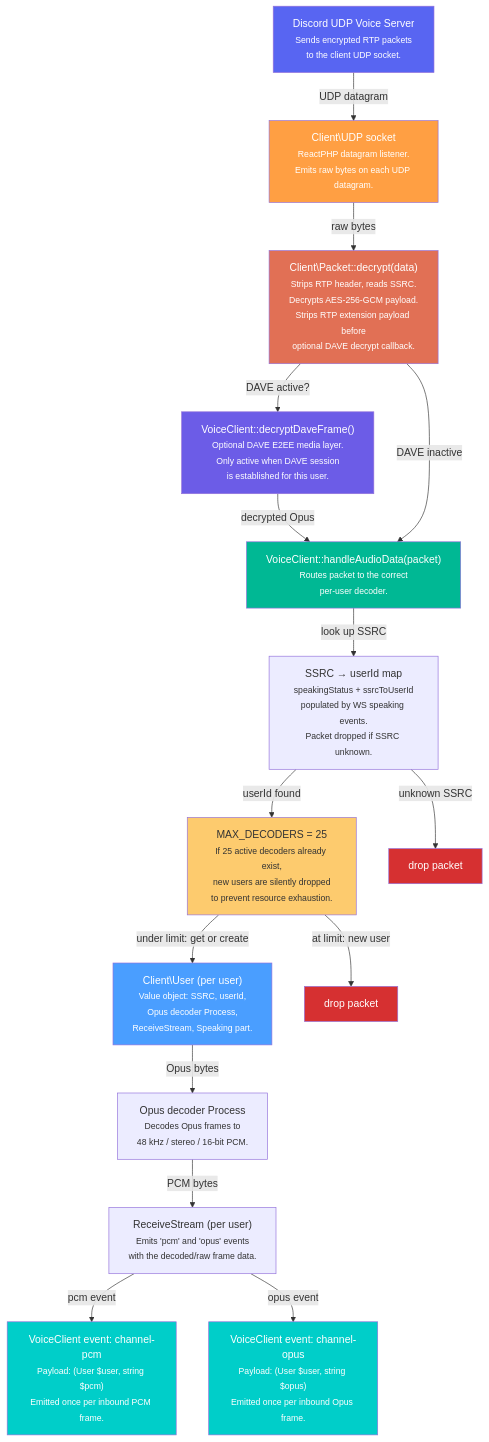
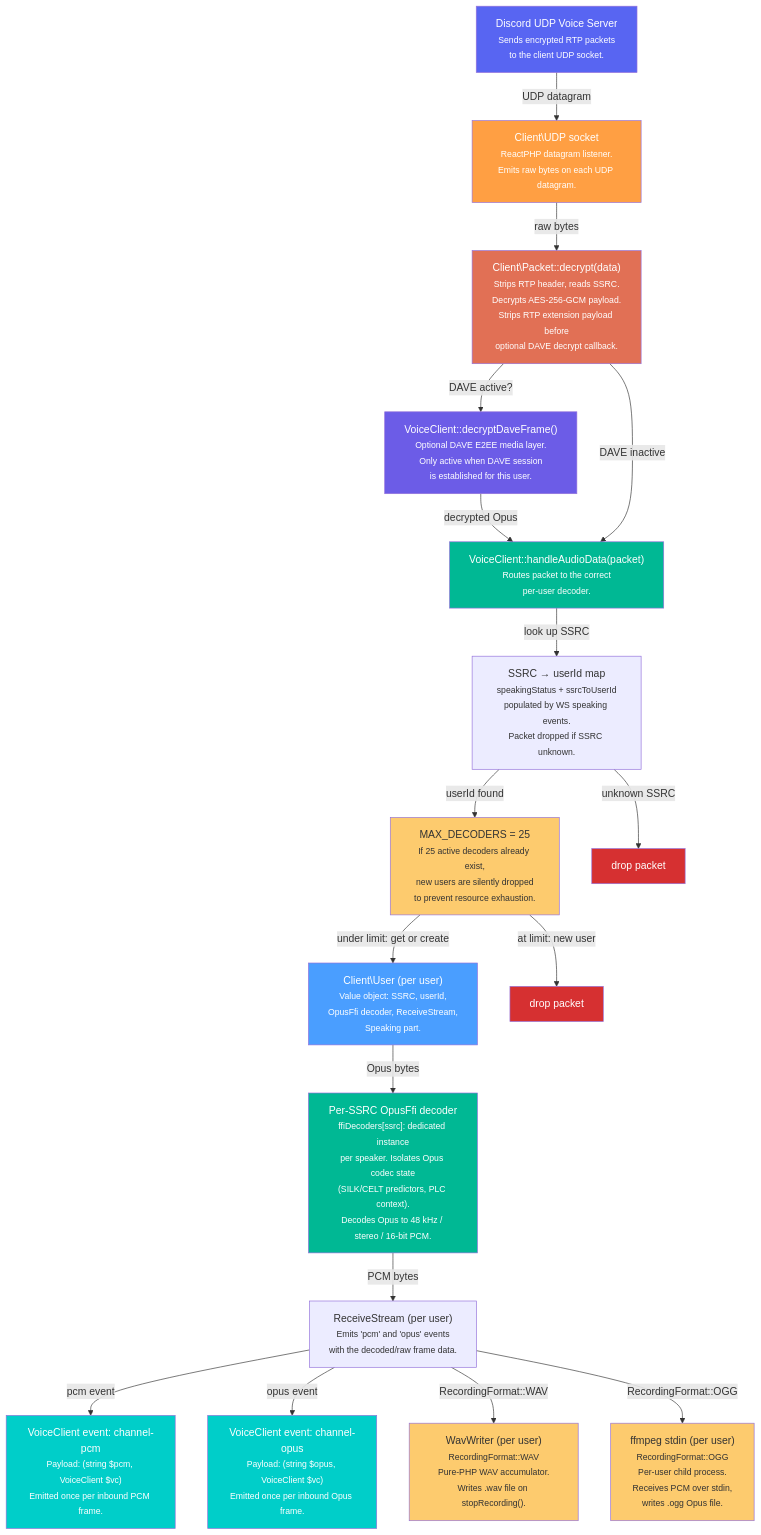
The second of 4 diagrams in docs/AUDIO_PIPELINE.md (discord-php/DiscordPHP-Voice), drawn with Mermaid before and after one commit. The commit also changed other lines of this file and 6 other files, not shown here.

First line of the commit message:
docs: update documentation for RecordingFormat API and OpusFfi fixes

````diff
--- a/docs/AUDIO_PIPELINE.md
+++ b/docs/AUDIO_PIPELINE.md
@@ -85,42 +85,49 @@
 ```mermaid
-graph TD
+flowchart TD
     RUDP["Discord UDP Voice Server<br/><small>Sends encrypted RTP packets<br/>to the client UDP socket.</small>"]
     RECV["Client\UDP socket<br/><small>ReactPHP datagram listener.<br/>Emits raw bytes on each UDP datagram.</small>"]
     DEC["Client\Packet::decrypt(data)<br/><small>Strips RTP header, reads SSRC.<br/>Decrypts AES-256-GCM payload.<br/>Strips RTP extension payload before<br/>optional DAVE decrypt callback.</small>"]
     DAVD["VoiceClient::decryptDaveFrame()<br/><small>Optional DAVE E2EE media layer.<br/>Only active when DAVE session<br/>is established for this user.</small>"]
     HAD["VoiceClient::handleAudioData(packet)<br/><small>Routes packet to the correct<br/>per-user decoder.</small>"]
     SSRC["SSRC → userId map<br/><small>speakingStatus + ssrcToUserId<br/>populated by WS speaking events.<br/>Packet dropped if SSRC unknown.</small>"]
     LIMIT["MAX_DECODERS = 25<br/><small>If 25 active decoders already exist,<br/>new users are silently dropped<br/>to prevent resource exhaustion.</small>"]
-    USER["Client\User (per user)<br/><small>Value object: SSRC, userId,<br/>Opus decoder Process,<br/>ReceiveStream, Speaking part.</small>"]
-    OPDEC["Opus decoder Process<br/><small>Decodes Opus frames to<br/>48 kHz / stereo / 16-bit PCM.</small>"]
+    USER["Client\User (per user)<br/><small>Value object: SSRC, userId,<br/>OpusFfi decoder, ReceiveStream,<br/>Speaking part.</small>"]
+    OPDEC["Per-SSRC OpusFfi decoder<br/><small>ffiDecoders[ssrc]: dedicated instance<br/>per speaker. Isolates Opus codec state<br/>(SILK/CELT predictors, PLC context).<br/>Decodes Opus to 48 kHz / stereo / 16-bit PCM.</small>"]
     RS["ReceiveStream (per user)<br/><small>Emits 'pcm' and 'opus' events<br/>with the decoded/raw frame data.</small>"]
-    EVCPCM["VoiceClient event: channel-pcm<br/><small>Payload: (User $user, string $pcm)<br/>Emitted once per inbound PCM frame.</small>"]
-    EVCOPUS["VoiceClient event: channel-opus<br/><small>Payload: (User $user, string $opus)<br/>Emitted once per inbound Opus frame.</small>"]
+    EVCPCM["VoiceClient event: channel-pcm<br/><small>Payload: (string $pcm, VoiceClient $vc)<br/>Emitted once per inbound PCM frame.</small>"]
+    EVCOPUS["VoiceClient event: channel-opus<br/><small>Payload: (string $opus, VoiceClient $vc)<br/>Emitted once per inbound Opus frame.</small>"]
+    WAVWRITER["WavWriter (per user)<br/><small>RecordingFormat::WAV<br/>Pure-PHP WAV accumulator.<br/>Writes .wav file on stopRecording().</small>"]
+    FFMPEGOGG["ffmpeg stdin (per user)<br/><small>RecordingFormat::OGG<br/>Per-user child process.<br/>Receives PCM over stdin,<br/>writes .ogg Opus file.</small>"]
 
     RUDP -->|"UDP datagram"| RECV
     RECV -->|"raw bytes"| DEC
     DEC -->|"DAVE active?"| DAVD
     DAVD -->|"decrypted Opus"| HAD
     DEC -->|"DAVE inactive"| HAD
     HAD -->|"look up SSRC"| SSRC
     SSRC -->|"userId found"| LIMIT
     SSRC -->|"unknown SSRC"| DROP1["drop packet"]
     LIMIT -->|"under limit: get or create"| USER
     LIMIT -->|"at limit: new user"| DROP2["drop packet"]
     USER -->|"Opus bytes"| OPDEC
     OPDEC -->|"PCM bytes"| RS
     RS -->|"pcm event"| EVCPCM
     RS -->|"opus event"| EVCOPUS
+    RS -->|"RecordingFormat::WAV"| WAVWRITER
+    RS -->|"RecordingFormat::OGG"| FFMPEGOGG
 
     style RUDP fill:#5865f2,color:#fff
     style RECV fill:#ff9f43,color:#fff
     style DEC fill:#e17055,color:#fff
     style DAVD fill:#6c5ce7,color:#fff
     style HAD fill:#00b894,color:#fff
     style USER fill:#4a9eff,color:#fff
+    style OPDEC fill:#00b894,color:#fff
     style EVCPCM fill:#00cec9,color:#fff
     style EVCOPUS fill:#00cec9,color:#fff
+    style WAVWRITER fill:#fdcb6e,color:#333
+    style FFMPEGOGG fill:#fdcb6e,color:#333
     style LIMIT fill:#fdcb6e,color:#333
     style DROP1 fill:#d63031,color:#fff
     style DROP2 fill:#d63031,color:#fff
 ```
````
